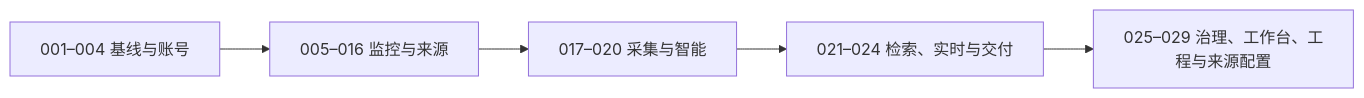
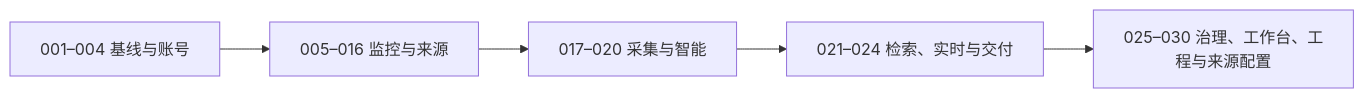
The diagram in docs/README.md (StephenQiu30/Ripplesight), drawn with Mermaid before and after one commit. The commit also changed other lines of this file and 16 other files, not shown here.

````diff
--- a/docs/README.md
+++ b/docs/README.md
@@ -64,7 +65,7 @@
 ```mermaid
 flowchart LR
   A["001–004 基线与账号"] --> B["005–016 监控与来源"]
   B --> C["017–020 采集与智能"]
   C --> D["021–024 检索、实时与交付"]
-  D --> E["025–029 治理、工作台、工程与来源配置"]
+  D --> E["025–030 治理、工作台、工程与来源配置"]
 ```
````
